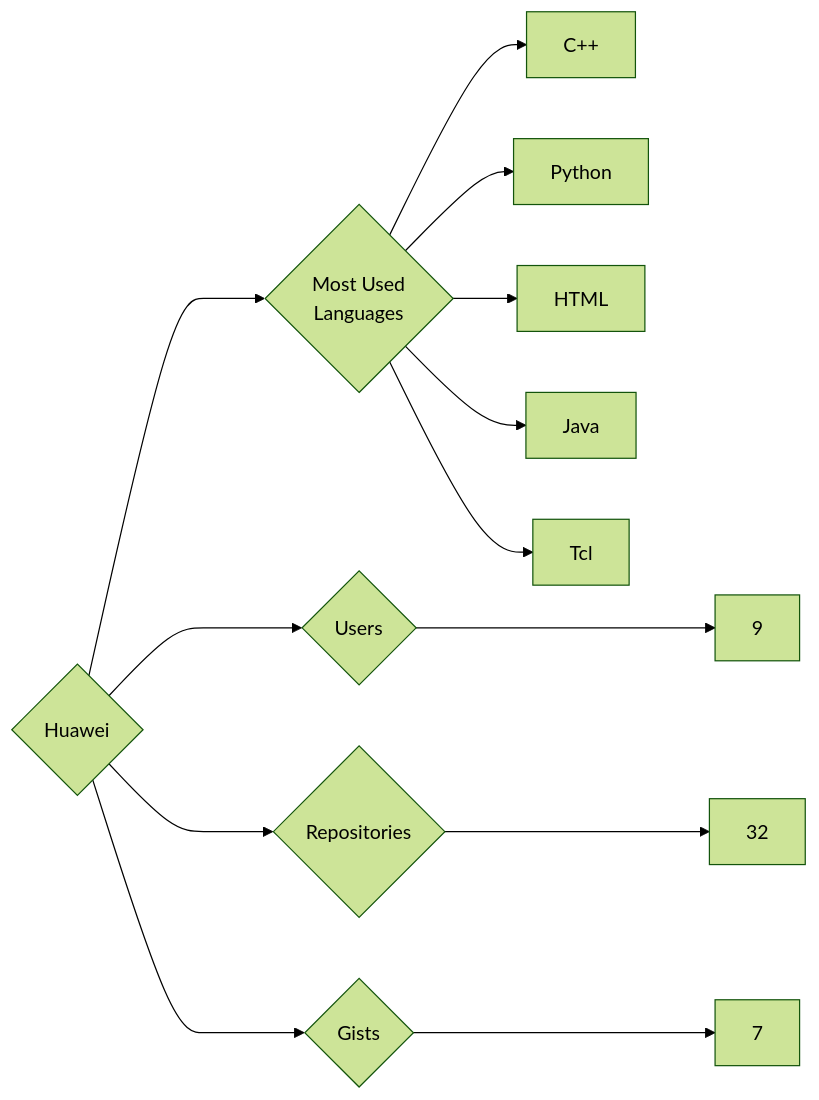
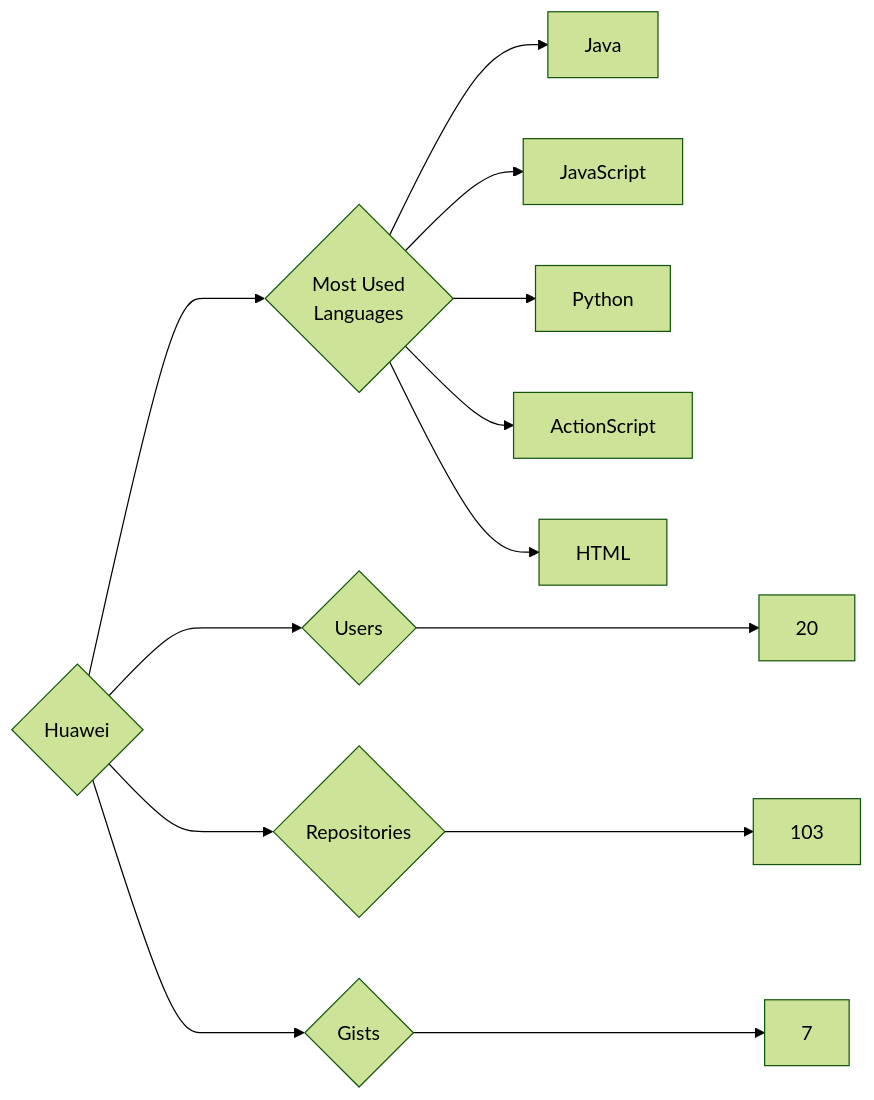
Before and after one commit to trickest/insiders: the diagram in targets/Huawei/README.md, drawn with Mermaid (forest theme). The commit also changed 1314 other files, not shown here.

````diff
--- a/targets/Huawei/README.md
+++ b/targets/Huawei/README.md
@@ -3,13 +3,13 @@
 ```mermaid
 graph LR
 COMPANY_NAME{Huawei}
-COMPANY_NAME ---> U{Users} ---> UN[9]
-COMPANY_NAME ---> R{Repositories} ---> RN[32]
+COMPANY_NAME ---> U{Users} ---> UN[20]
+COMPANY_NAME ---> R{Repositories} ---> RN[103]
 COMPANY_NAME ---> G{Gists} ---> GN[7]
 COMPANY_NAME ---> ML{Most Used<br>Languages}
-ML --> C++[C++]
+ML --> Java[Java]
+ML --> JavaScript[JavaScript]
 ML --> Python[Python]
+ML --> ActionScript[ActionScript]
 ML --> HTML[HTML]
-ML --> Java[Java]
-ML --> Tcl[Tcl]
 ```
````
